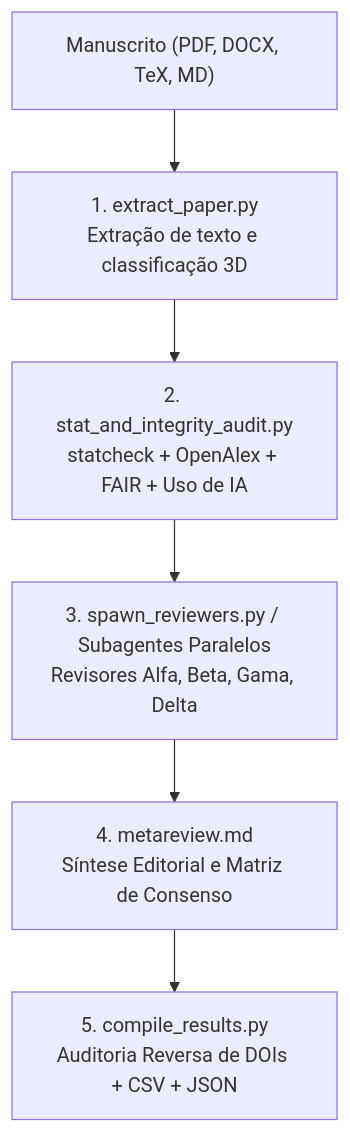
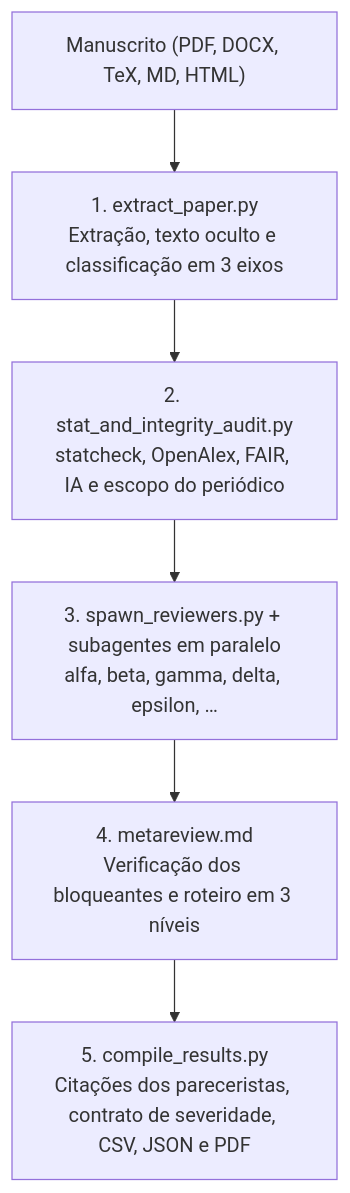
Before and after one commit to LaBiOmicS/academic-peer-review: the diagram in README.md, drawn with Mermaid. The commit also changed other lines of this file and 11 other files, not shown here.

````diff
--- a/README.md
+++ b/README.md
@@ -120,8 +125,8 @@
 ```mermaid
 flowchart TD
-    User["Manuscrito (PDF, DOCX, TeX, MD)"] --> Extract["1. extract_paper.py<br>Extração de texto e classificação 3D"]
-    Extract --> Audit["2. stat_and_integrity_audit.py<br>statcheck + OpenAlex + FAIR + Uso de IA"]
-    Audit --> Parallel["3. spawn_reviewers.py / Subagentes Paralelos<br>Revisores Alfa, Beta, Gama, Delta"]
-    Parallel --> Editor["4. metareview.md<br>Síntese Editorial e Matriz de Consenso"]
-    Editor --> Results["5. compile_results.py<br>Auditoria Reversa de DOIs + CSV + JSON"]
+    User["Manuscrito (PDF, DOCX, TeX, MD, HTML)"] --> Extract["1. extract_paper.py<br>Extração, texto oculto e classificação em 3 eixos"]
+    Extract --> Audit["2. stat_and_integrity_audit.py<br>statcheck, OpenAlex, FAIR, IA e escopo do periódico"]
+    Audit --> Parallel["3. spawn_reviewers.py + subagentes em paralelo<br>alfa, beta, gamma, delta, epsilon, …"]
+    Parallel --> Editor["4. metareview.md<br>Verificação dos bloqueantes e roteiro em 3 níveis"]
+    Editor --> Results["5. compile_results.py<br>Citações dos pareceristas, contrato de severidade, CSV, JSON e PDF"]
 ```
````
